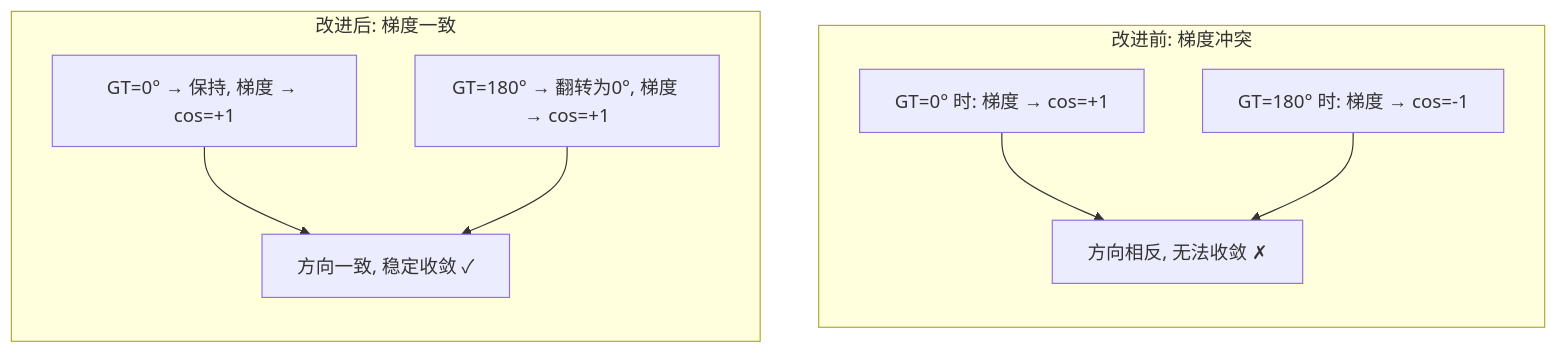
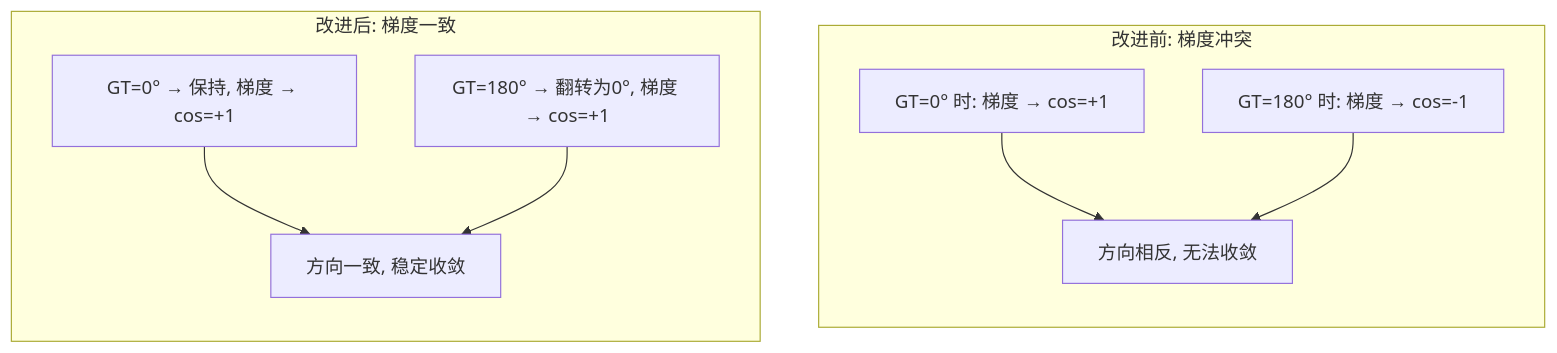
Before and after one commit to foxbao/mmdetection3d: the third of 5 diagrams in docs/patent_symmetric_orientation.md, drawn with Mermaid. The commit also changed other lines of this file and 21 other files, not shown here.

````diff
--- a/docs/patent_symmetric_orientation.md
+++ b/docs/patent_symmetric_orientation.md
@@ -216,14 +368,14 @@
 ```mermaid
 flowchart TB
     subgraph BEFORE["改进前: 梯度冲突"]
         direction TB
-        B1["GT=0° 时: 梯度 → cos=+1"] --> CONFLICT["方向相反, 无法收敛 ✗"]
+        B1["GT=0° 时: 梯度 → cos=+1"] --> CONFLICT["方向相反, 无法收敛"]
         B2["GT=180° 时: 梯度 → cos=-1"] --> CONFLICT
     end
 
     subgraph AFTER["改进后: 梯度一致"]
         direction TB
-        A1["GT=0° → 保持, 梯度 → cos=+1"] --> CONVERGE["方向一致, 稳定收敛 ✓"]
+        A1["GT=0° → 保持, 梯度 → cos=+1"] --> CONVERGE["方向一致, 稳定收敛"]
         A2["GT=180° → 翻转为0°, 梯度 → cos=+1"] --> CONVERGE
     end
 ```
````
